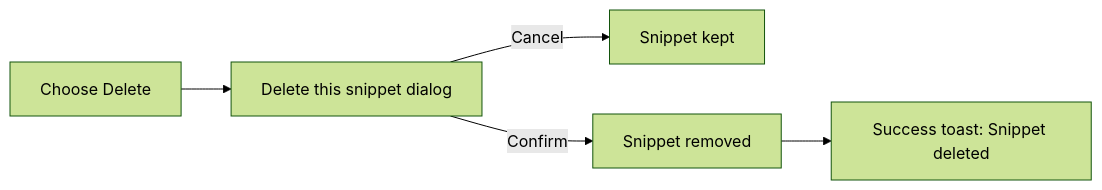
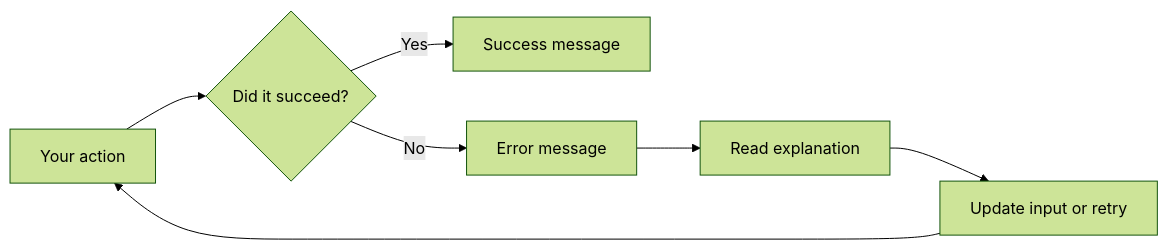
One commit to Mohita111/API2 changed the second of 2 diagrams in api2-documentation/plan_2026-11-02_f8890e/user-facing-docs/logging-diagnostics.md. Above: the diagram before and after it, drawn with Mermaid (forest theme). The commit also changed other lines of this file and 14 other files, not shown here.

````diff
--- a/api2-documentation/plan_2026-11-02_f8890e/user-facing-docs/logging-diagnostics.md
+++ b/api2-documentation/plan_2026-11-02_f8890e/user-facing-docs/logging-diagnostics.md
@@ -107,7 +119,9 @@
 ```mermaid
 graph LR
-    A[Choose Delete] --> B[Delete this snippet dialog]
-    B -->|Cancel| C[Snippet kept]
-    B -->|Confirm| D[Snippet removed]
-    D --> E["Success toast: Snippet deleted"]
+    A[Your action] --> B{"Did it succeed?"}
+    B -- Yes --> C[Success message]
+    B -- No --> D[Error message]
+    D --> E[Read explanation]
+    E --> F[Update input or retry]
+    F --> A
 ```
````
